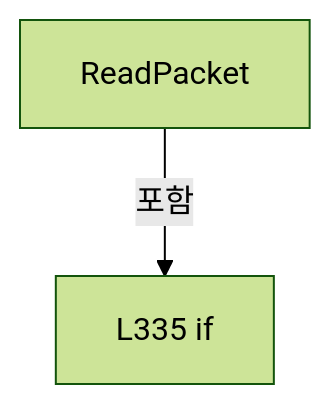
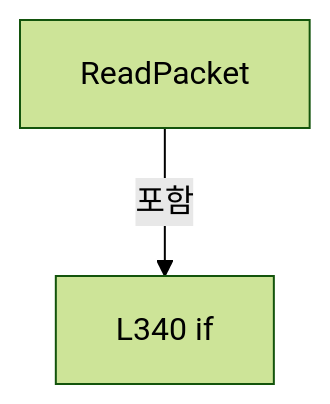
Before and after one commit to kjuws10-rgb/Shared: the tenth of 40 diagrams in A3 LD Code Ref/files/Drilling.Common/Interface/Vision/CVisionComm.cs.md, drawn with Mermaid (forest theme). The commit also changed other lines of this file and 2071 other files, not shown here.

Commit message:
docs(a3): update 11.19.0 architecture and code reference

````diff
--- a/A3 LD Code Ref/files/Drilling.Common/Interface/Vision/CVisionComm.cs.md
+++ b/A3 LD Code Ref/files/Drilling.Common/Interface/Vision/CVisionComm.cs.md
@@ -1421,6 +1421,6 @@
 ```mermaid
 flowchart TD
  M["ReadPacket"]
- N0["L335 if"]
+ N0["L340 if"]
  M -->|포함| N0
 ```
````
